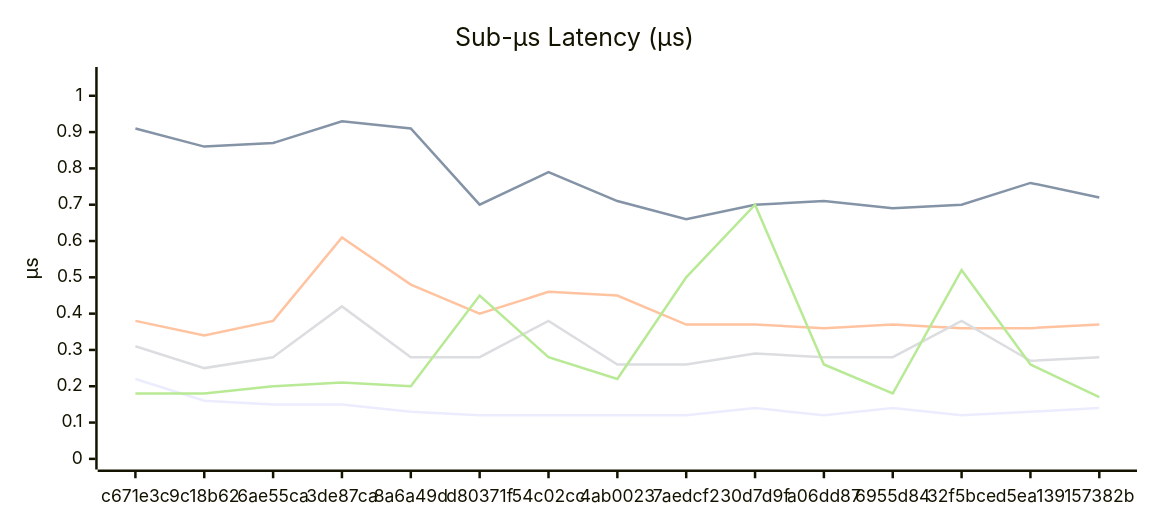
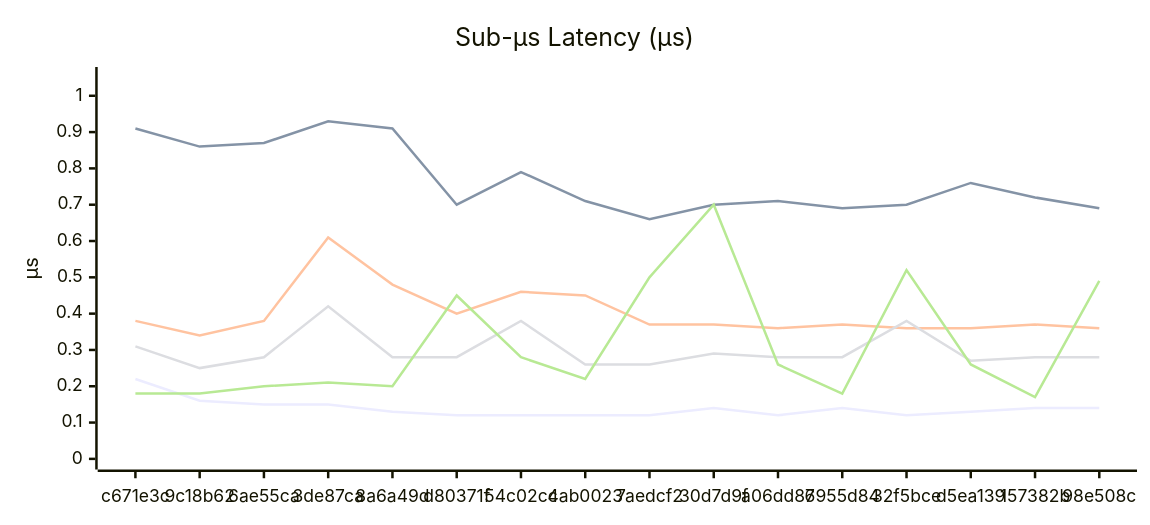
One commit to Ikolvi/titan changed the second of 6 diagrams in docs/BENCHMARKS.md. Above: the diagram before and after it, drawn with Mermaid. The commit also changed other lines of this file, not shown here.

````diff
--- a/docs/BENCHMARKS.md
+++ b/docs/BENCHMARKS.md
@@ -91,18 +92,18 @@
 ```mermaid
 ---
 config:
     xyChart:
         width: 900
         height: 400
         plotColorPalette: "#4e79a7, #f28e2c, #e15759, #76b7b2, #59a14f, #edc949"
 ---
 xychart-beta
     title "Sub-µs Latency (µs)"
-    x-axis ["c671e3c", "9c18b62", "6ae55ca", "3de87ca", "8a6a49d", "d80371f", "54c02cc", "4ab0023", "7aedcf2", "30d7d9f", "a06dd87", "6955d84", "32f5bce", "d5ea139", "157382b"]
+    x-axis ["c671e3c", "9c18b62", "6ae55ca", "3de87ca", "8a6a49d", "d80371f", "54c02cc", "4ab0023", "7aedcf2", "30d7d9f", "a06dd87", "6955d84", "32f5bce", "d5ea139", "157382b", "98e508c"]
     y-axis "µs" 0.00 --> 1.05
-    line [0.22, 0.16, 0.15, 0.15, 0.13, 0.12, 0.12, 0.12, 0.12, 0.14, 0.12, 0.14, 0.12, 0.13, 0.14]
-    line [0.91, 0.86, 0.87, 0.93, 0.91, 0.70, 0.79, 0.71, 0.66, 0.70, 0.71, 0.69, 0.70, 0.76, 0.72]
-    line [0.38, 0.34, 0.38, 0.61, 0.48, 0.40, 0.46, 0.45, 0.37, 0.37, 0.36, 0.37, 0.36, 0.36, 0.37]
-    line [0.31, 0.25, 0.28, 0.42, 0.28, 0.28, 0.38, 0.26, 0.26, 0.29, 0.28, 0.28, 0.38, 0.27, 0.28]
-    line [0.18, 0.18, 0.20, 0.21, 0.20, 0.45, 0.28, 0.22, 0.50, 0.70, 0.26, 0.18, 0.52, 0.26, 0.17]
+    line [0.22, 0.16, 0.15, 0.15, 0.13, 0.12, 0.12, 0.12, 0.12, 0.14, 0.12, 0.14, 0.12, 0.13, 0.14, 0.14]
+    line [0.91, 0.86, 0.87, 0.93, 0.91, 0.70, 0.79, 0.71, 0.66, 0.70, 0.71, 0.69, 0.70, 0.76, 0.72, 0.69]
+    line [0.38, 0.34, 0.38, 0.61, 0.48, 0.40, 0.46, 0.45, 0.37, 0.37, 0.36, 0.37, 0.36, 0.36, 0.37, 0.36]
+    line [0.31, 0.25, 0.28, 0.42, 0.28, 0.28, 0.38, 0.26, 0.26, 0.29, 0.28, 0.28, 0.38, 0.27, 0.28, 0.28]
+    line [0.18, 0.18, 0.20, 0.21, 0.20, 0.45, 0.28, 0.22, 0.50, 0.70, 0.26, 0.18, 0.52, 0.26, 0.17, 0.49]
 ```
````
